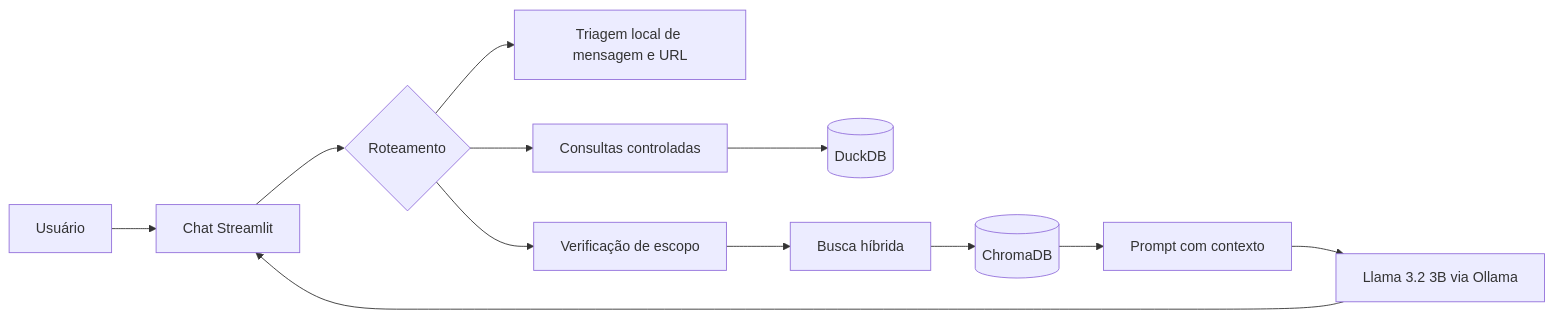
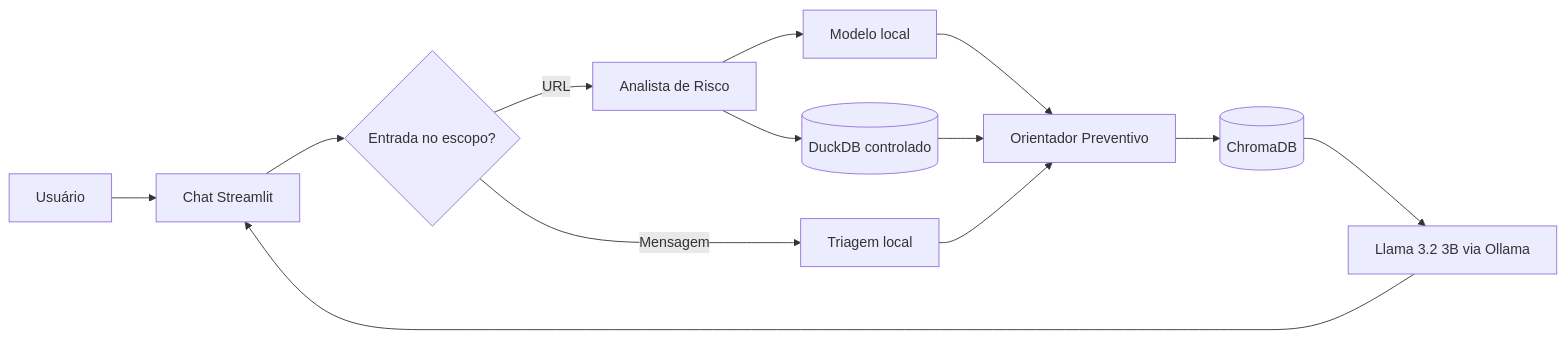
The diagram in README.md (pedromanuelvincit/guardiao-anti-golpes), drawn with Mermaid before and after one commit. The commit also changed other lines of this file and 17 other files, not shown here.

````diff
--- a/README.md
+++ b/README.md
@@ -31,14 +31,15 @@
 ```mermaid
 flowchart LR
     U[Usuário] --> UI[Chat Streamlit]
-    UI --> R{Roteamento}
-    R --> T[Triagem local de mensagem e URL]
-    R --> Q[Consultas controladas]
-    Q --> D[(DuckDB)]
-    R --> B[Verificação de escopo]
-    B --> V[Busca híbrida]
-    V --> C[(ChromaDB)]
-    C --> P[Prompt com contexto]
-    P --> L[Llama 3.2 3B via Ollama]
+    UI --> S{Entrada no escopo?}
+    S -->|URL| A[Analista de Risco]
+    A --> M[Modelo local]
+    A --> D[(DuckDB controlado)]
+    S -->|Mensagem| T[Triagem local]
+    M --> P[Orientador Preventivo]
+    D --> P
+    T --> P
+    P --> C[(ChromaDB)]
+    C --> L[Llama 3.2 3B via Ollama]
     L --> UI
 ```
````
